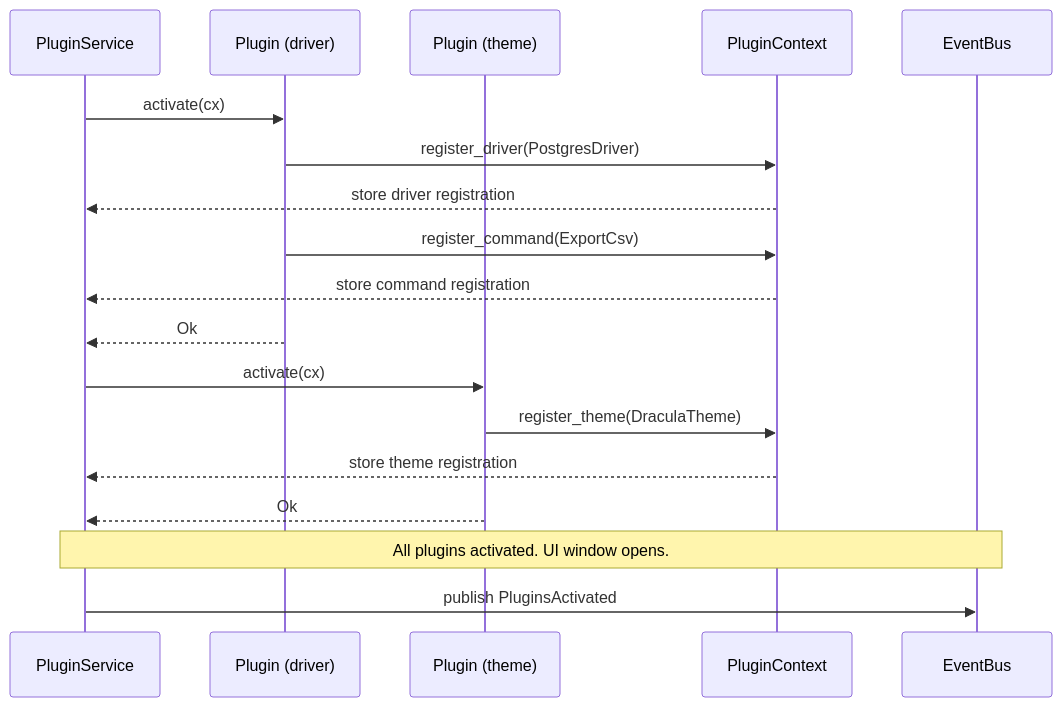
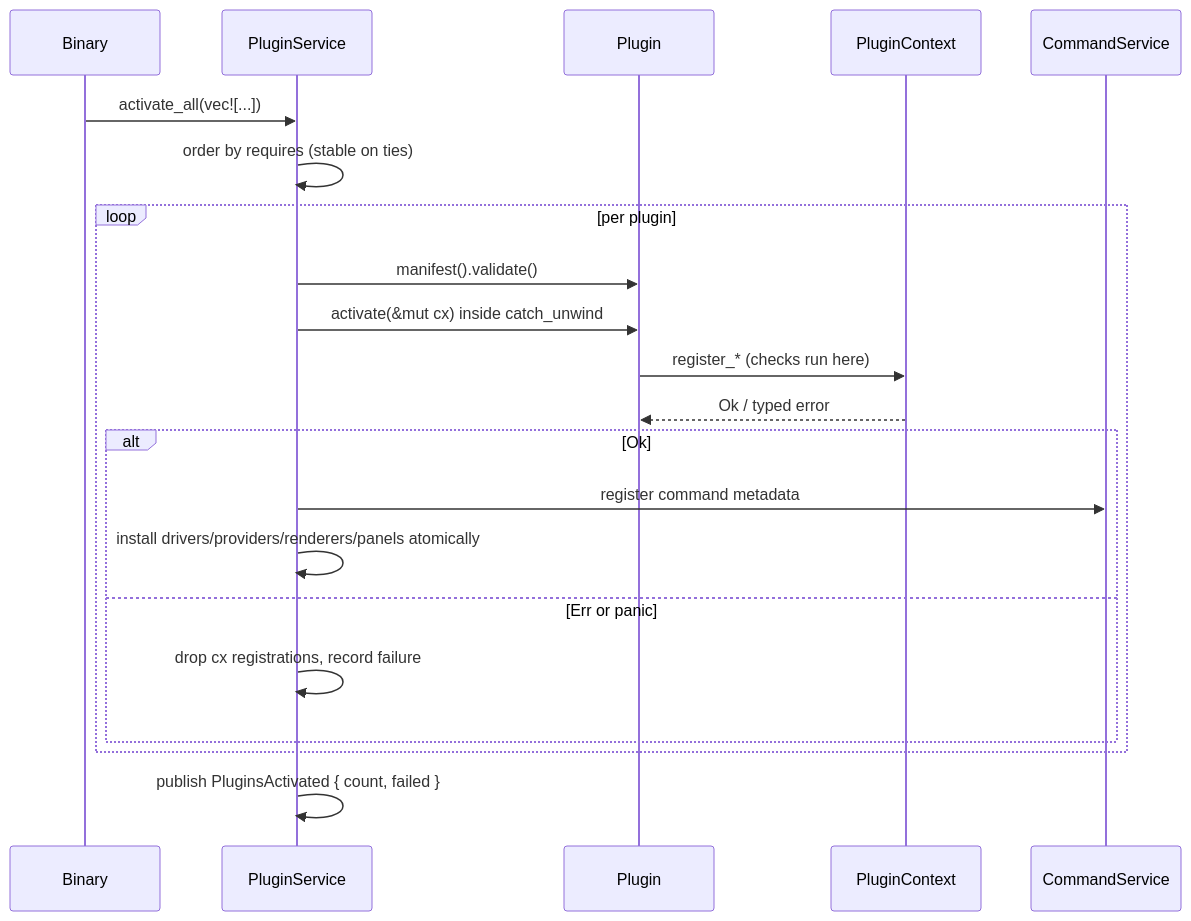
The second of 2 diagrams in docs/08-plugin-api.md (mohamad-kanso/Tempr), drawn with Mermaid before and after one commit. The commit also changed other lines of this file and 46 other files, not shown here.

First line of the commit message:
feat(ph4): plugin core — API, activation, completion, renderers, commands (#35)

````diff
--- a/docs/08-plugin-api.md
+++ b/docs/08-plugin-api.md
@@ -297,23 +336,24 @@
 ```mermaid
 sequenceDiagram
+    participant Bin as Binary
     participant PS as PluginService
-    participant P1 as Plugin (driver)
-    participant P2 as Plugin (theme)
+    participant P as Plugin
     participant PC as PluginContext
-    participant Bus as EventBus
+    participant Cmd as CommandService
 
-    PS->>P1: activate(cx)
-    P1->>PC: register_driver(PostgresDriver)
-    PC-->>PS: store driver registration
-    P1->>PC: register_command(ExportCsv)
-    PC-->>PS: store command registration
-    P1-->>PS: Ok
-
-    PS->>P2: activate(cx)
-    P2->>PC: register_theme(DraculaTheme)
-    PC-->>PS: store theme registration
-    P2-->>PS: Ok
-
-    Note over PS,Bus: All plugins activated. UI window opens.
-    PS->>Bus: publish PluginsActivated
+    Bin->>PS: activate_all(vec![...])
+    PS->>PS: order by requires (stable on ties)
+    loop per plugin
+        PS->>P: manifest().validate()
+        PS->>P: activate(&mut cx) inside catch_unwind
+        P->>PC: register_* (checks run here)
+        PC-->>P: Ok / typed error
+        alt Ok
+            PS->>Cmd: register command metadata
+            PS->>PS: install drivers/providers/renderers/panels atomically
+        else Err or panic
+            PS->>PS: drop cx registrations, record failure
+        end
+    end
+    PS->>PS: publish PluginsActivated { count, failed }
 ```
````
